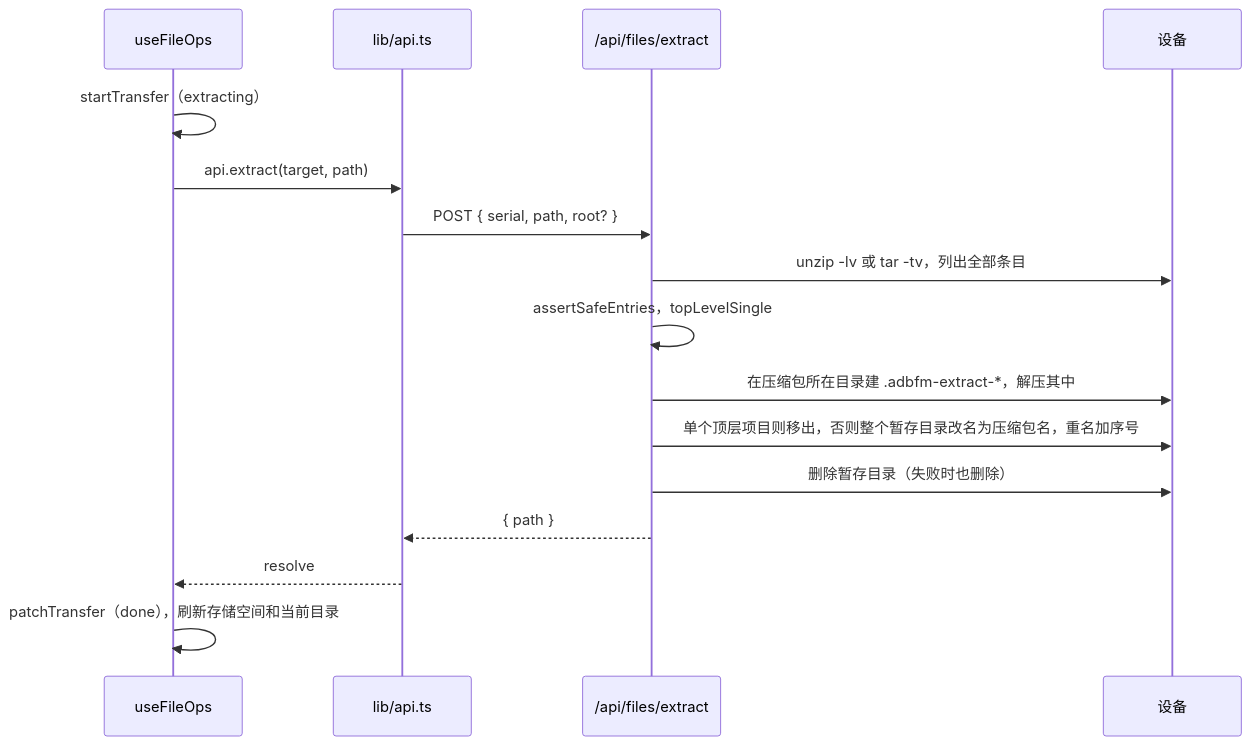
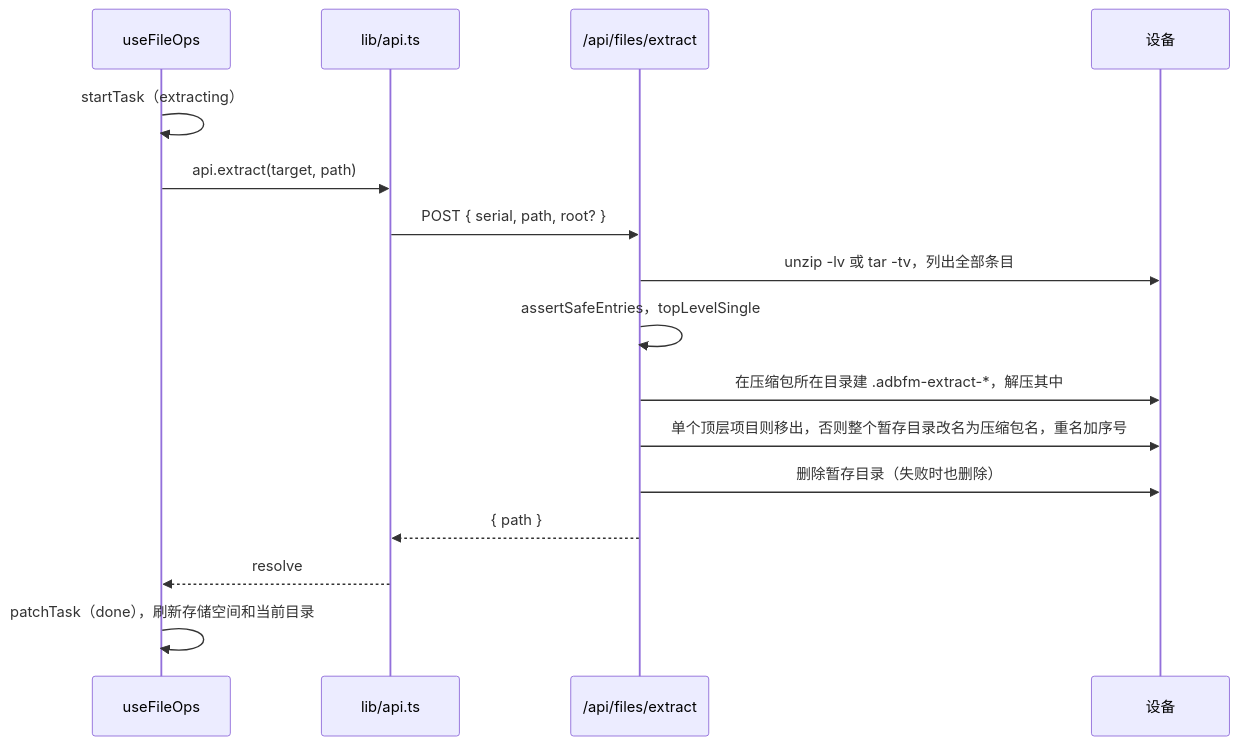
Before and after one commit to wynnyu/adb-file-manager: the tenth of 12 diagrams in docs/architecture.md, drawn with Mermaid. The commit also changed other lines of this file and 20 other files, not shown here.

Commit message:
Rename the transfer queue to a generic task queue

````diff
--- a/docs/architecture.md
+++ b/docs/architecture.md
@@ -474,18 +474,18 @@
 ```mermaid
 sequenceDiagram
   participant F as useFileOps
   participant A as lib/api.ts
   participant S as /api/files/extract
   participant P as 设备
-  F->>F: startTransfer（extracting）
+  F->>F: startTask（extracting）
   F->>A: api.extract(target, path)
   A->>S: POST { serial, path, root? }
   S->>P: unzip -lv 或 tar -tv，列出全部条目
   S->>S: assertSafeEntries，topLevelSingle
   S->>P: 在压缩包所在目录建 .adbfm-extract-*，解压其中
   S->>P: 单个顶层项目则移出，否则整个暂存目录改名为压缩包名，重名加序号
   S->>P: 删除暂存目录（失败时也删除）
   S-->>A: { path }
   A-->>F: resolve
-  F->>F: patchTransfer（done），刷新存储空间和当前目录
+  F->>F: patchTask（done），刷新存储空间和当前目录
 ```
````
